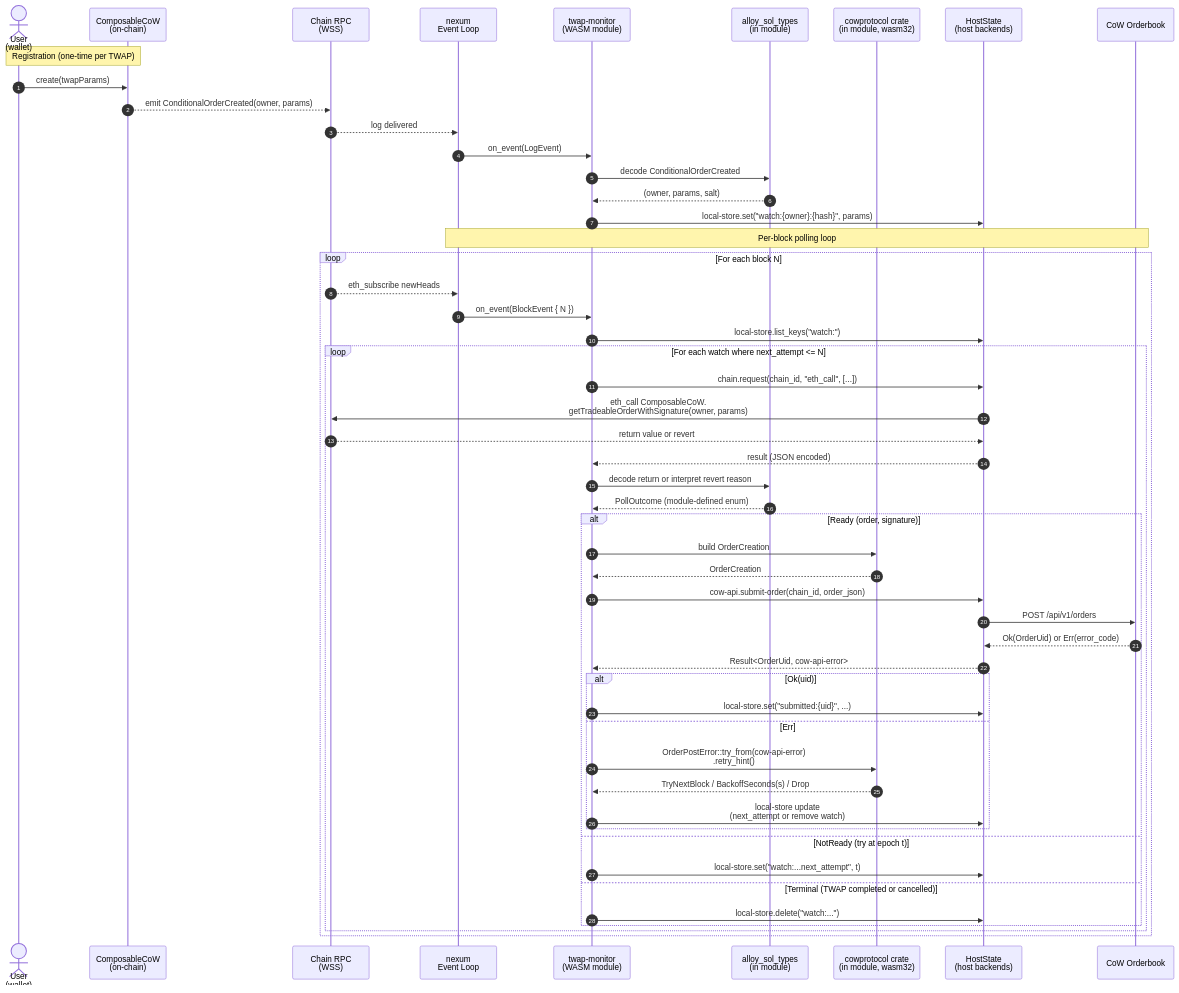
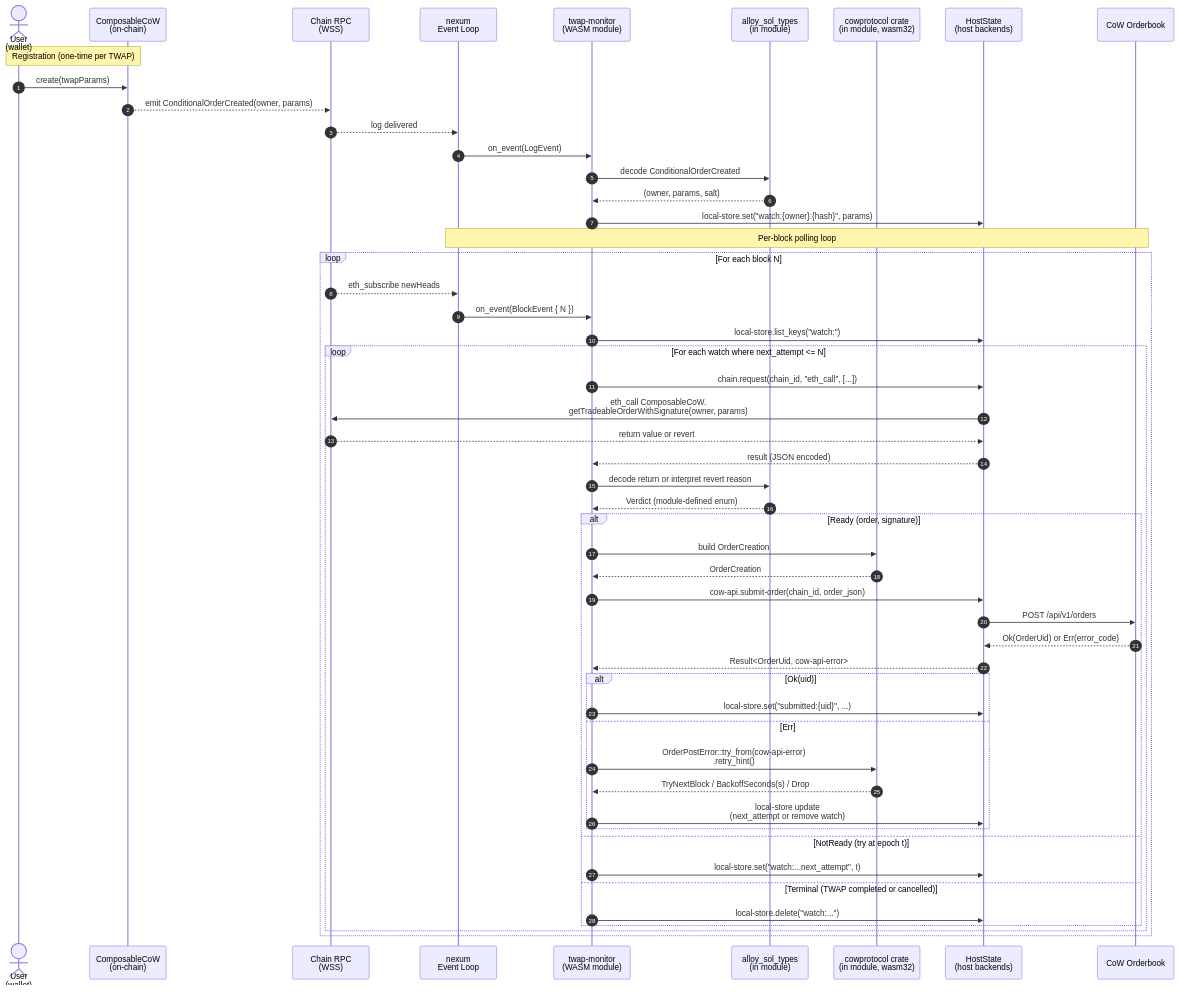
The diagram in docs/diagrams/sequence-twap.mmd (nullislabs/shepherd), drawn with Mermaid before and after one commit. The commit also changed 13 other files, not shown here.

First line of the commit message:
docs: reconcile keeper prose and Verdict poll-seam references

```diff
--- a/docs/diagrams/sequence-twap.mmd
+++ b/docs/diagrams/sequence-twap.mmd
@@ -1,56 +1,56 @@
 sequenceDiagram
     autonumber
     actor User as User<br/>(wallet)
     participant Contract as ComposableCoW<br/>(on-chain)
     participant RPC as Chain RPC<br/>(WSS)
     participant EL as nexum<br/>Event Loop
     participant Mod as twap-monitor<br/>(WASM module)
     participant SolDec as alloy_sol_types<br/>(in module)
     participant Cow as cowprotocol crate<br/>(in module, wasm32)
     participant Host as HostState<br/>(host backends)
     participant OB as CoW Orderbook
 
     Note over User,Contract: Registration (one-time per TWAP)
     User->>Contract: create(twapParams)
     Contract-->>RPC: emit ConditionalOrderCreated(owner, params)
     RPC-->>EL: log delivered
     EL->>Mod: on_event(LogEvent)
     Mod->>SolDec: decode ConditionalOrderCreated
     SolDec-->>Mod: (owner, params, salt)
     Mod->>Host: local-store.set("watch:{owner}:{hash}", params)
 
     Note over EL,OB: Per-block polling loop
     loop For each block N
         RPC-->>EL: eth_subscribe newHeads
         EL->>Mod: on_event(BlockEvent { N })
         Mod->>Host: local-store.list_keys("watch:")
 
         loop For each watch where next_attempt <= N
             Mod->>Host: chain.request(chain_id, "eth_call", [...])
             Host->>RPC: eth_call ComposableCoW.<br/>getTradeableOrderWithSignature(owner, params)
             RPC-->>Host: return value or revert
             Host-->>Mod: result (JSON encoded)
             Mod->>SolDec: decode return or interpret revert reason
-            SolDec-->>Mod: PollOutcome (module-defined enum)
+            SolDec-->>Mod: Verdict (module-defined enum)
 
             alt Ready (order, signature)
                 Mod->>Cow: build OrderCreation
                 Cow-->>Mod: OrderCreation
                 Mod->>Host: cow-api.submit-order(chain_id, order_json)
                 Host->>OB: POST /api/v1/orders
                 OB-->>Host: Ok(OrderUid) or Err(error_code)
                 Host-->>Mod: Result<OrderUid, cow-api-error>
                 alt Ok(uid)
                     Mod->>Host: local-store.set("submitted:{uid}", ...)
                 else Err
                     Mod->>Cow: OrderPostError::try_from(cow-api-error)<br/>.retry_hint()
                     Cow-->>Mod: TryNextBlock / BackoffSeconds(s) / Drop
                     Mod->>Host: local-store update<br/>(next_attempt or remove watch)
                 end
             else NotReady (try at epoch t)
                 Mod->>Host: local-store.set("watch:...next_attempt", t)
             else Terminal (TWAP completed or cancelled)
                 Mod->>Host: local-store.delete("watch:...")
             end
         end
     end
```
